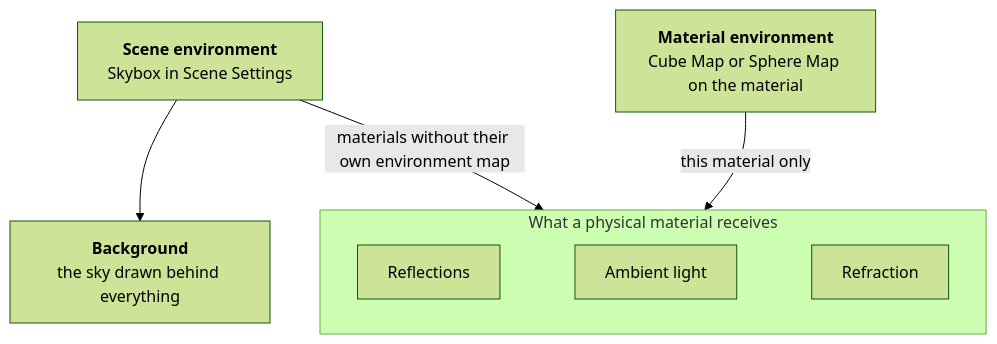
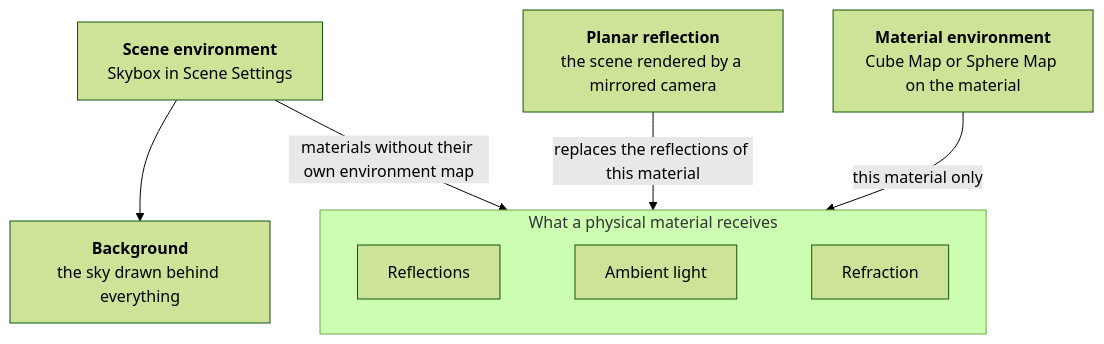
The diagram in docs/user-manual/graphics/physical-rendering/environment-lighting.md (playcanvas/developer-site), drawn with Mermaid (forest theme) before and after one commit. The commit also changed other lines of this file and 200 other files, not shown here.

````diff
--- a/docs/user-manual/graphics/physical-rendering/environment-lighting.md
+++ b/docs/user-manual/graphics/physical-rendering/environment-lighting.md
@@ -12,16 +12,18 @@
 ```mermaid
 graph TD
     S["<b>Scene environment</b><br/>Skybox in Scene Settings"]
     M["<b>Material environment</b><br/>Cube Map or Sphere Map on the material"]
     subgraph MAT["What a physical material receives"]
         direction LR
         R["Reflections"]
         A["Ambient light"]
         F["Refraction"]
         R ~~~ A ~~~ F
     end
     B["<b>Background</b><br/>the sky drawn behind everything"]
+    P["<b>Planar reflection</b><br/>the scene rendered by a mirrored camera"]
     S -->|"materials without their own environment map"| MAT
     M -->|"this material only"| MAT
+    P -->|"replaces the reflections of this material"| R
     S --> B
 ```
````
